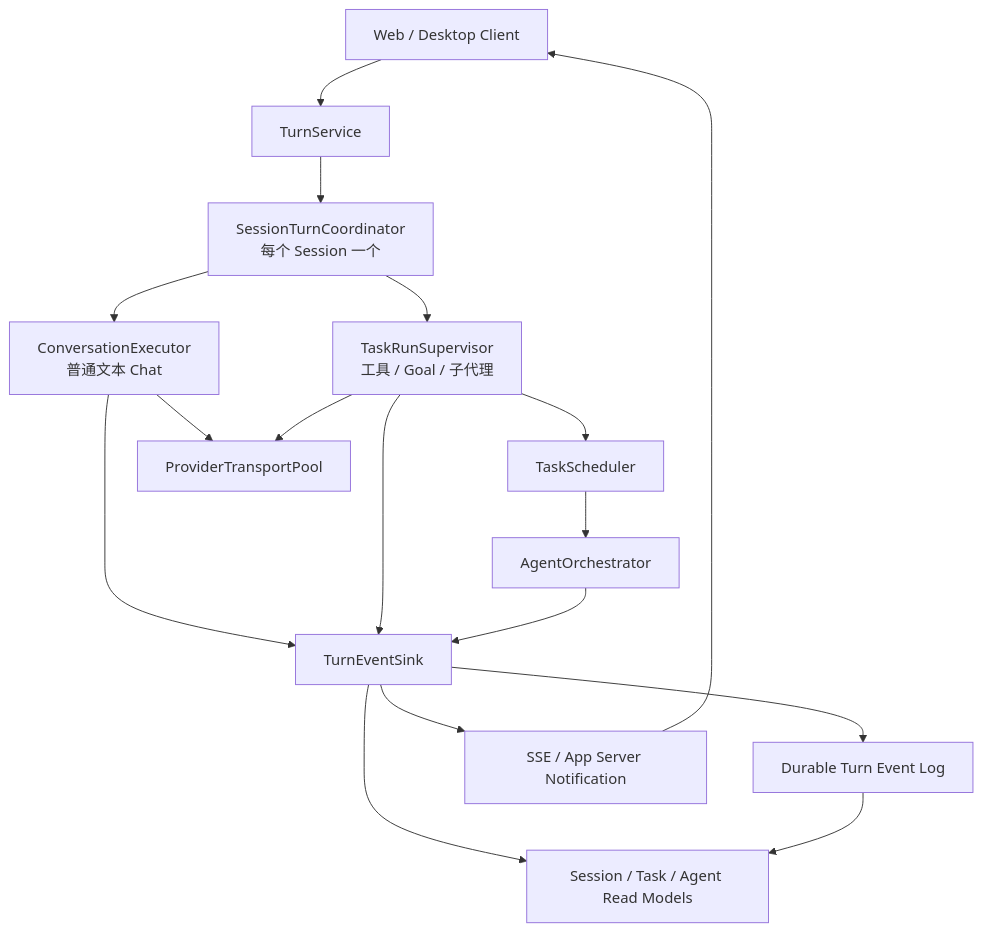
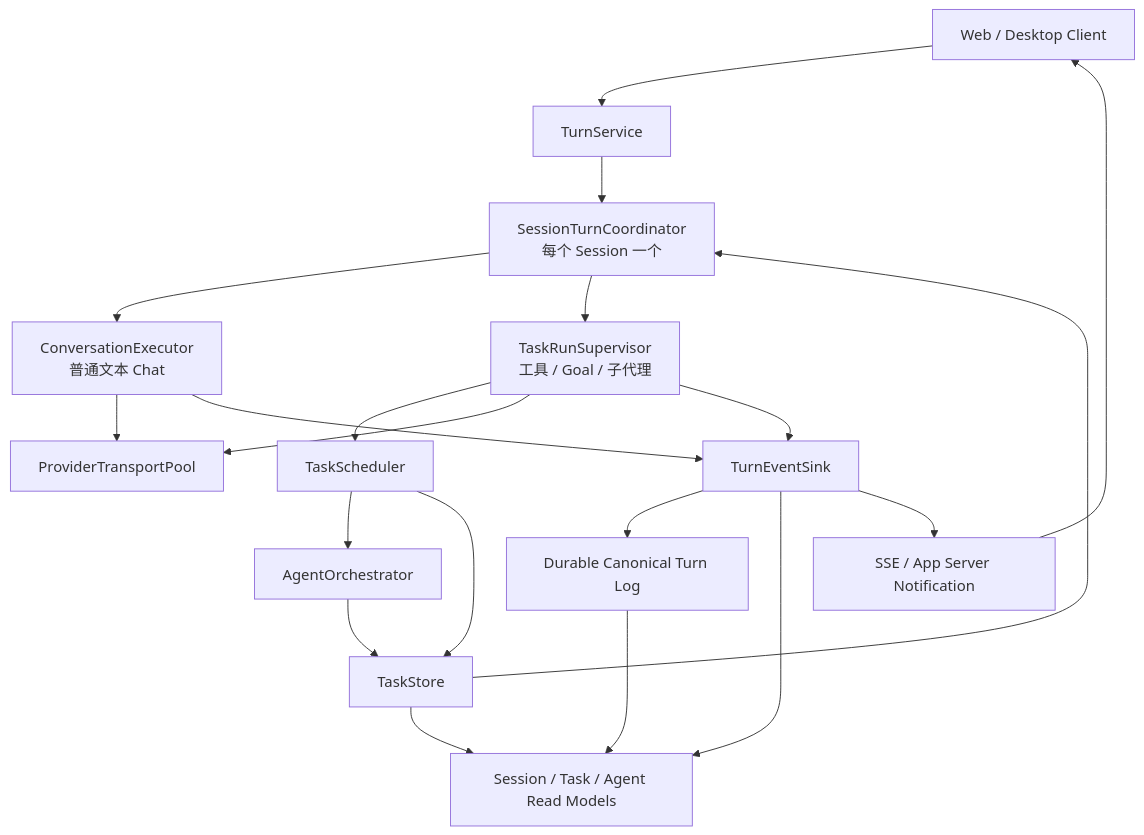
Before and after one commit to MistRipple/magi-code: the diagram in docs/conversation-response-core-architecture-redesign.md, drawn with Mermaid. The commit also changed other lines of this file and 40 other files, not shown here.

````diff
--- a/docs/conversation-response-core-architecture-redesign.md
+++ b/docs/conversation-response-core-architecture-redesign.md
@@ -136,32 +156,36 @@
 ```mermaid
 flowchart TD
     Client[Web / Desktop Client]
     API[TurnService]
     Coordinator[SessionTurnCoordinator<br/>每个 Session 一个]
     Chat[ConversationExecutor<br/>普通文本 Chat]
     TaskRun[TaskRunSupervisor<br/>工具 / Goal / 子代理]
     Scheduler[TaskScheduler]
     Agent[AgentOrchestrator]
     Transport[ProviderTransportPool]
     Sink[TurnEventSink]
-    Log[Durable Turn Event Log]
+    Log[Durable Canonical Turn Log]
+    TaskLog[TaskStore]
     Projection[Session / Task / Agent Read Models]
     Stream[SSE / App Server Notification]
 
     Client --> API
     API --> Coordinator
     Coordinator --> Chat
     Coordinator --> TaskRun
     TaskRun --> Scheduler
     Scheduler --> Agent
     Chat --> Transport
     TaskRun --> Transport
     Chat --> Sink
     TaskRun --> Sink
-    Agent --> Sink
     Sink --> Log
+    Scheduler --> TaskLog
+    Agent --> TaskLog
+    TaskLog --> Coordinator
+    TaskLog --> Projection
     Sink --> Projection
     Sink --> Stream
     Stream --> Client
     Log --> Projection
 ```
````
